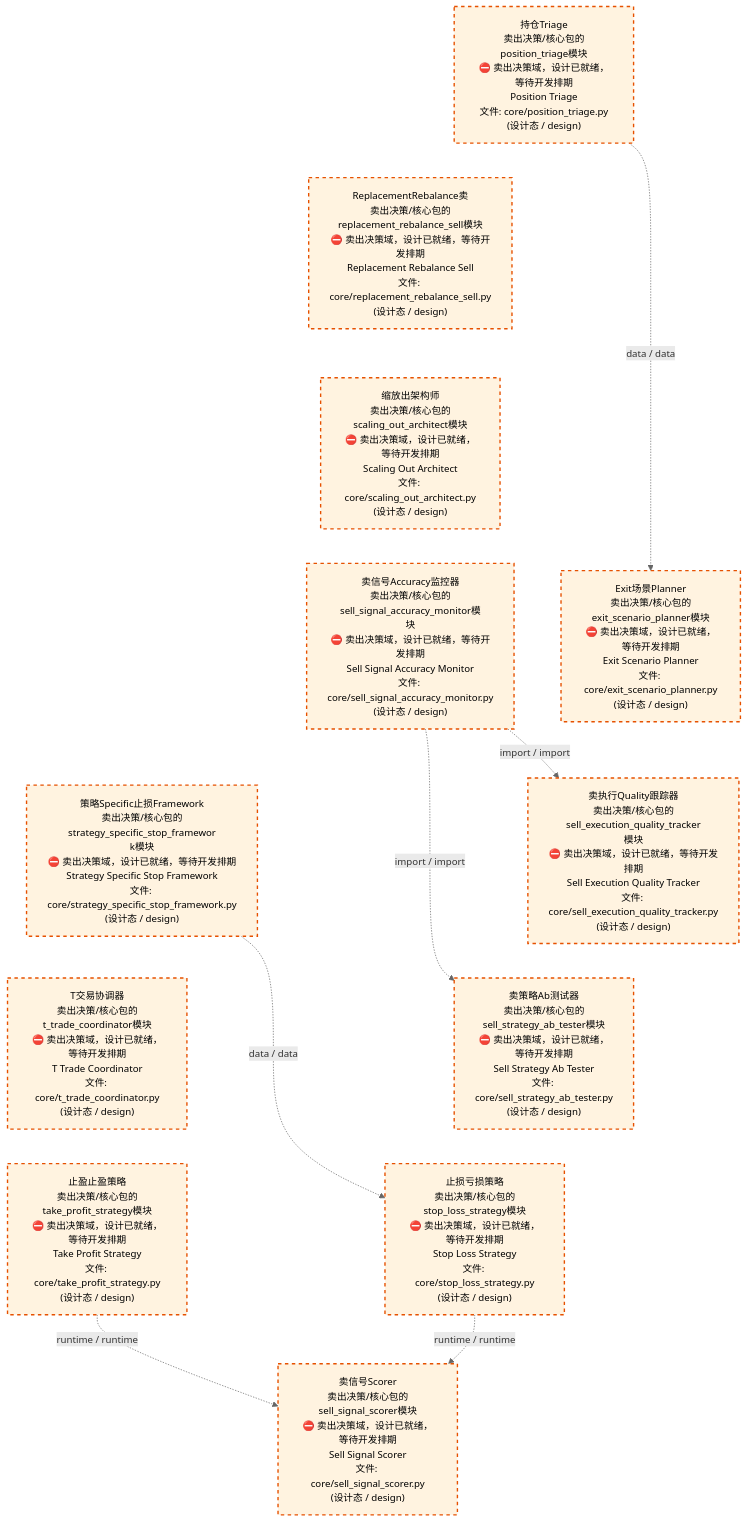
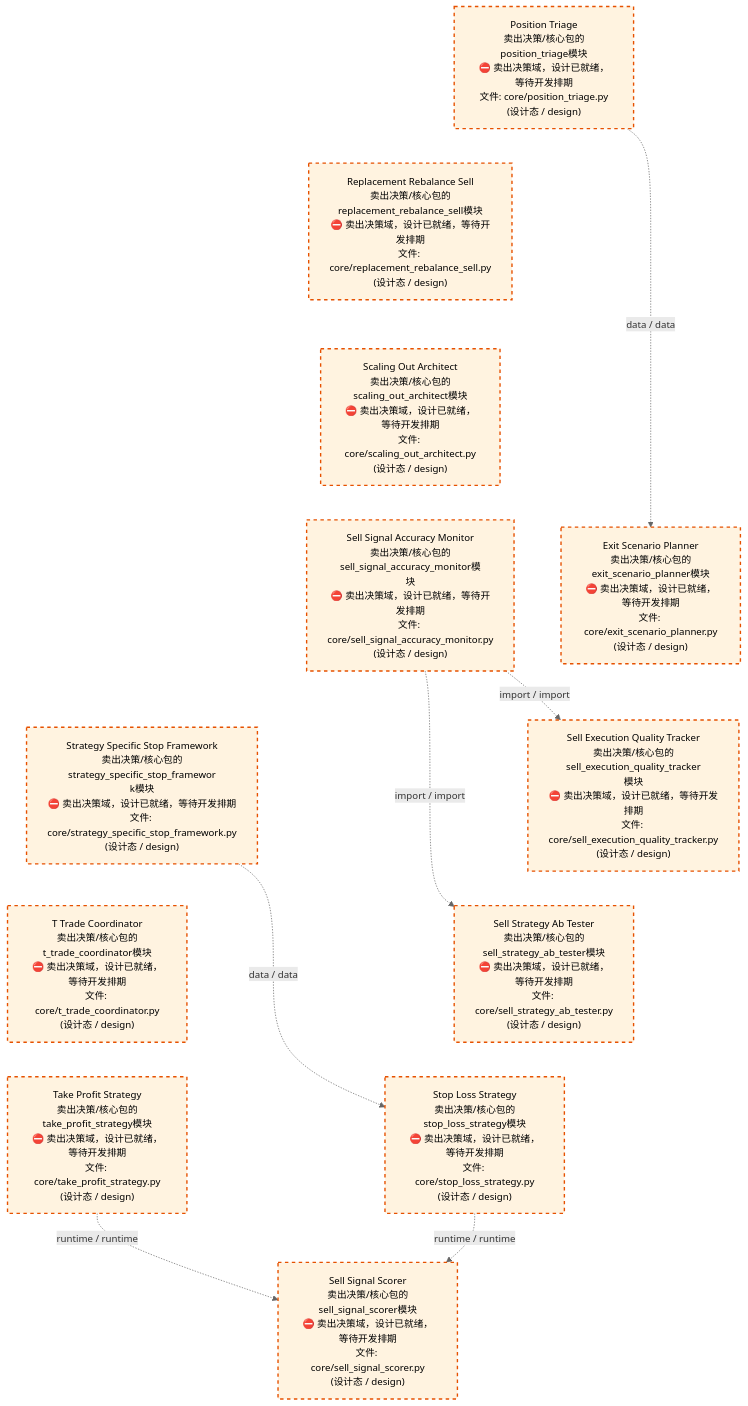
One commit to xuanFelixVan/ZephyrAlpha changed the third of 4 diagrams in docs/02_enterprise_architecture/02_domain_architecture_docs/67_d_sell_decision.md. Above: the diagram before and after it, drawn with Mermaid. The commit also changed other lines of this file and 51 other files, not shown here.

````diff
--- a/docs/02_enterprise_architecture/02_domain_architecture_docs/67_d_sell_decision.md
+++ b/docs/02_enterprise_architecture/02_domain_architecture_docs/67_d_sell_decision.md
@@ -194,36 +194,36 @@
 ```mermaid
 %%{init: {'theme': 'base', 'themeVariables': {'primaryColor': '#eaeaea', 'primaryTextColor': '#333333', 'primaryBorderColor': '#666666', 'lineColor': '#666666', 'secondaryColor': '#eaeaea', 'tertiaryColor': '#eaeaea', 'fontSize': '14px'}}}%%
 flowchart TD
-    src_zephyr_sell_decision_core_position_triage_py["持仓Triage<br/>卖出决策/核心包的position_triage模块<br/>⛔ 卖出决策域，设计已就绪，等待开发排期<br/>Position Triage<br/>文件: core/position_triage.py<br/>(设计态 / design)"]
-    src_zephyr_sell_decision_core_replacement_rebalance_sell_py["ReplacementRebalance卖<br/>卖出决策/核心包的replacement_rebalance_sell模块<br/>⛔ 卖出决策域，设计已就绪，等待开发排期<br/>Replacement Rebalance Sell<br/>文件: core/replacement_rebalance_sell.py<br/>(设计态 / design)"]
-    src_zephyr_sell_decision_core_scaling_out_architect_py["缩放出架构师<br/>卖出决策/核心包的scaling_out_architect模块<br/>⛔ 卖出决策域，设计已就绪，等待开发排期<br/>Scaling Out Architect<br/>文件: core/scaling_out_architect.py<br/>(设计态 / design)"]
-    src_zephyr_sell_decision_core_sell_signal_accuracy_monitor_py["卖信号Accuracy监控器<br/>卖出决策/核心包的sell_signal_accuracy_monitor模<br/>块<br/>⛔ 卖出决策域，设计已就绪，等待开发排期<br/>Sell Signal Accuracy Monitor<br/>文件: core/sell_signal_accuracy_monitor.py<br/>(设计态 / design)"]
-    src_zephyr_sell_decision_core_strategy_specific_stop_framework_py["策略Specific止损Framework<br/>卖出决策/核心包的strategy_specific_stop_framewor<br/>k模块<br/>⛔ 卖出决策域，设计已就绪，等待开发排期<br/>Strategy Specific Stop Framework<br/>文件: core/strategy_specific_stop_framework.py<br/>(设计态 / design)"]
-    src_zephyr_sell_decision_core_t_trade_coordinator_py["T交易协调器<br/>卖出决策/核心包的t_trade_coordinator模块<br/>⛔ 卖出决策域，设计已就绪，等待开发排期<br/>T Trade Coordinator<br/>文件: core/t_trade_coordinator.py<br/>(设计态 / design)"]
-    src_zephyr_sell_decision_core_take_profit_strategy_py["止盈止盈策略<br/>卖出决策/核心包的take_profit_strategy模块<br/>⛔ 卖出决策域，设计已就绪，等待开发排期<br/>Take Profit Strategy<br/>文件: core/take_profit_strategy.py<br/>(设计态 / design)"]
+    src_zephyr_sell_decision_core_position_triage_py["Position Triage<br/>卖出决策/核心包的position_triage模块<br/>⛔ 卖出决策域，设计已就绪，等待开发排期<br/>文件: core/position_triage.py<br/>(设计态 / design)"]
+    src_zephyr_sell_decision_core_replacement_rebalance_sell_py["Replacement Rebalance Sell<br/>卖出决策/核心包的replacement_rebalance_sell模块<br/>⛔ 卖出决策域，设计已就绪，等待开发排期<br/>文件: core/replacement_rebalance_sell.py<br/>(设计态 / design)"]
+    src_zephyr_sell_decision_core_scaling_out_architect_py["Scaling Out Architect<br/>卖出决策/核心包的scaling_out_architect模块<br/>⛔ 卖出决策域，设计已就绪，等待开发排期<br/>文件: core/scaling_out_architect.py<br/>(设计态 / design)"]
+    src_zephyr_sell_decision_core_sell_signal_accuracy_monitor_py["Sell Signal Accuracy Monitor<br/>卖出决策/核心包的sell_signal_accuracy_monitor模<br/>块<br/>⛔ 卖出决策域，设计已就绪，等待开发排期<br/>文件: core/sell_signal_accuracy_monitor.py<br/>(设计态 / design)"]
+    src_zephyr_sell_decision_core_strategy_specific_stop_framework_py["Strategy Specific Stop Framework<br/>卖出决策/核心包的strategy_specific_stop_framewor<br/>k模块<br/>⛔ 卖出决策域，设计已就绪，等待开发排期<br/>文件: core/strategy_specific_stop_framework.py<br/>(设计态 / design)"]
+    src_zephyr_sell_decision_core_t_trade_coordinator_py["T Trade Coordinator<br/>卖出决策/核心包的t_trade_coordinator模块<br/>⛔ 卖出决策域，设计已就绪，等待开发排期<br/>文件: core/t_trade_coordinator.py<br/>(设计态 / design)"]
+    src_zephyr_sell_decision_core_take_profit_strategy_py["Take Profit Strategy<br/>卖出决策/核心包的take_profit_strategy模块<br/>⛔ 卖出决策域，设计已就绪，等待开发排期<br/>文件: core/take_profit_strategy.py<br/>(设计态 / design)"]
     src_zephyr_sell_decision_core_position_triage_py ~~~ src_zephyr_sell_decision_core_replacement_rebalance_sell_py
     src_zephyr_sell_decision_core_replacement_rebalance_sell_py ~~~ src_zephyr_sell_decision_core_scaling_out_architect_py
     src_zephyr_sell_decision_core_scaling_out_architect_py ~~~ src_zephyr_sell_decision_core_sell_signal_accuracy_monitor_py
     src_zephyr_sell_decision_core_sell_signal_accuracy_monitor_py ~~~ src_zephyr_sell_decision_core_strategy_specific_stop_framework_py
     src_zephyr_sell_decision_core_strategy_specific_stop_framework_py ~~~ src_zephyr_sell_decision_core_t_trade_coordinator_py
     src_zephyr_sell_decision_core_t_trade_coordinator_py ~~~ src_zephyr_sell_decision_core_take_profit_strategy_py
-    src_zephyr_sell_decision_core_exit_scenario_planner_py["Exit场景Planner<br/>卖出决策/核心包的exit_scenario_planner模块<br/>⛔ 卖出决策域，设计已就绪，等待开发排期<br/>Exit Scenario Planner<br/>文件: core/exit_scenario_planner.py<br/>(设计态 / design)"]
-    src_zephyr_sell_decision_core_sell_execution_quality_tracker_py["卖执行Quality跟踪器<br/>卖出决策/核心包的sell_execution_quality_tracker<br/>模块<br/>⛔ 卖出决策域，设计已就绪，等待开发排期<br/>Sell Execution Quality Tracker<br/>文件: core/sell_execution_quality_tracker.py<br/>(设计态 / design)"]
-    src_zephyr_sell_decision_core_sell_strategy_ab_tester_py["卖策略Ab测试器<br/>卖出决策/核心包的sell_strategy_ab_tester模块<br/>⛔ 卖出决策域，设计已就绪，等待开发排期<br/>Sell Strategy Ab Tester<br/>文件: core/sell_strategy_ab_tester.py<br/>(设计态 / design)"]
-    src_zephyr_sell_decision_core_stop_loss_strategy_py["止损亏损策略<br/>卖出决策/核心包的stop_loss_strategy模块<br/>⛔ 卖出决策域，设计已就绪，等待开发排期<br/>Stop Loss Strategy<br/>文件: core/stop_loss_strategy.py<br/>(设计态 / design)"]
+    src_zephyr_sell_decision_core_exit_scenario_planner_py["Exit Scenario Planner<br/>卖出决策/核心包的exit_scenario_planner模块<br/>⛔ 卖出决策域，设计已就绪，等待开发排期<br/>文件: core/exit_scenario_planner.py<br/>(设计态 / design)"]
+    src_zephyr_sell_decision_core_sell_execution_quality_tracker_py["Sell Execution Quality Tracker<br/>卖出决策/核心包的sell_execution_quality_tracker<br/>模块<br/>⛔ 卖出决策域，设计已就绪，等待开发排期<br/>文件: core/sell_execution_quality_tracker.py<br/>(设计态 / design)"]
+    src_zephyr_sell_decision_core_sell_strategy_ab_tester_py["Sell Strategy Ab Tester<br/>卖出决策/核心包的sell_strategy_ab_tester模块<br/>⛔ 卖出决策域，设计已就绪，等待开发排期<br/>文件: core/sell_strategy_ab_tester.py<br/>(设计态 / design)"]
+    src_zephyr_sell_decision_core_stop_loss_strategy_py["Stop Loss Strategy<br/>卖出决策/核心包的stop_loss_strategy模块<br/>⛔ 卖出决策域，设计已就绪，等待开发排期<br/>文件: core/stop_loss_strategy.py<br/>(设计态 / design)"]
     src_zephyr_sell_decision_core_exit_scenario_planner_py ~~~ src_zephyr_sell_decision_core_sell_execution_quality_tracker_py
     src_zephyr_sell_decision_core_sell_execution_quality_tracker_py ~~~ src_zephyr_sell_decision_core_sell_strategy_ab_tester_py
     src_zephyr_sell_decision_core_sell_strategy_ab_tester_py ~~~ src_zephyr_sell_decision_core_stop_loss_strategy_py
-    src_zephyr_sell_decision_core_sell_signal_scorer_py["卖信号Scorer<br/>卖出决策/核心包的sell_signal_scorer模块<br/>⛔ 卖出决策域，设计已就绪，等待开发排期<br/>Sell Signal Scorer<br/>文件: core/sell_signal_scorer.py<br/>(设计态 / design)"]
+    src_zephyr_sell_decision_core_sell_signal_scorer_py["Sell Signal Scorer<br/>卖出决策/核心包的sell_signal_scorer模块<br/>⛔ 卖出决策域，设计已就绪，等待开发排期<br/>文件: core/sell_signal_scorer.py<br/>(设计态 / design)"]
     src_zephyr_sell_decision_core_position_triage_py -.->|data / data| src_zephyr_sell_decision_core_exit_scenario_planner_py
     src_zephyr_sell_decision_core_take_profit_strategy_py -.->|runtime / runtime| src_zephyr_sell_decision_core_sell_signal_scorer_py
     src_zephyr_sell_decision_core_stop_loss_strategy_py -.->|runtime / runtime| src_zephyr_sell_decision_core_sell_signal_scorer_py
     src_zephyr_sell_decision_core_strategy_specific_stop_framework_py -.->|data / data| src_zephyr_sell_decision_core_stop_loss_strategy_py
     src_zephyr_sell_decision_core_sell_signal_accuracy_monitor_py -.->|import / import| src_zephyr_sell_decision_core_sell_strategy_ab_tester_py
     src_zephyr_sell_decision_core_sell_signal_accuracy_monitor_py -.->|import / import| src_zephyr_sell_decision_core_sell_execution_quality_tracker_py
     classDef production fill:#e1f5fe,stroke:#01579b,stroke-width:2px,color:#000
     classDef design fill:#fff3e0,stroke:#e65100,stroke-width:2px,color:#000,stroke-dasharray: 5 5
     classDef external_prod fill:#e8f4fd,stroke:#0277bd,stroke-width:1px,color:#000
     classDef external_design fill:#fff8e7,stroke:#ef6c00,stroke-width:1px,color:#000,stroke-dasharray: 5 5
     class src_zephyr_sell_decision_core_exit_scenario_planner_py,src_zephyr_sell_decision_core_position_triage_py,src_zephyr_sell_decision_core_replacement_rebalance_sell_py,src_zephyr_sell_decision_core_scaling_out_architect_py,src_zephyr_sell_decision_core_sell_execution_quality_tracker_py,src_zephyr_sell_decision_core_sell_signal_accuracy_monitor_py,src_zephyr_sell_decision_core_sell_signal_scorer_py,src_zephyr_sell_decision_core_sell_strategy_ab_tester_py,src_zephyr_sell_decision_core_stop_loss_strategy_py,src_zephyr_sell_decision_core_strategy_specific_stop_framework_py,src_zephyr_sell_decision_core_t_trade_coordinator_py,src_zephyr_sell_decision_core_take_profit_strategy_py design
 ```
````
